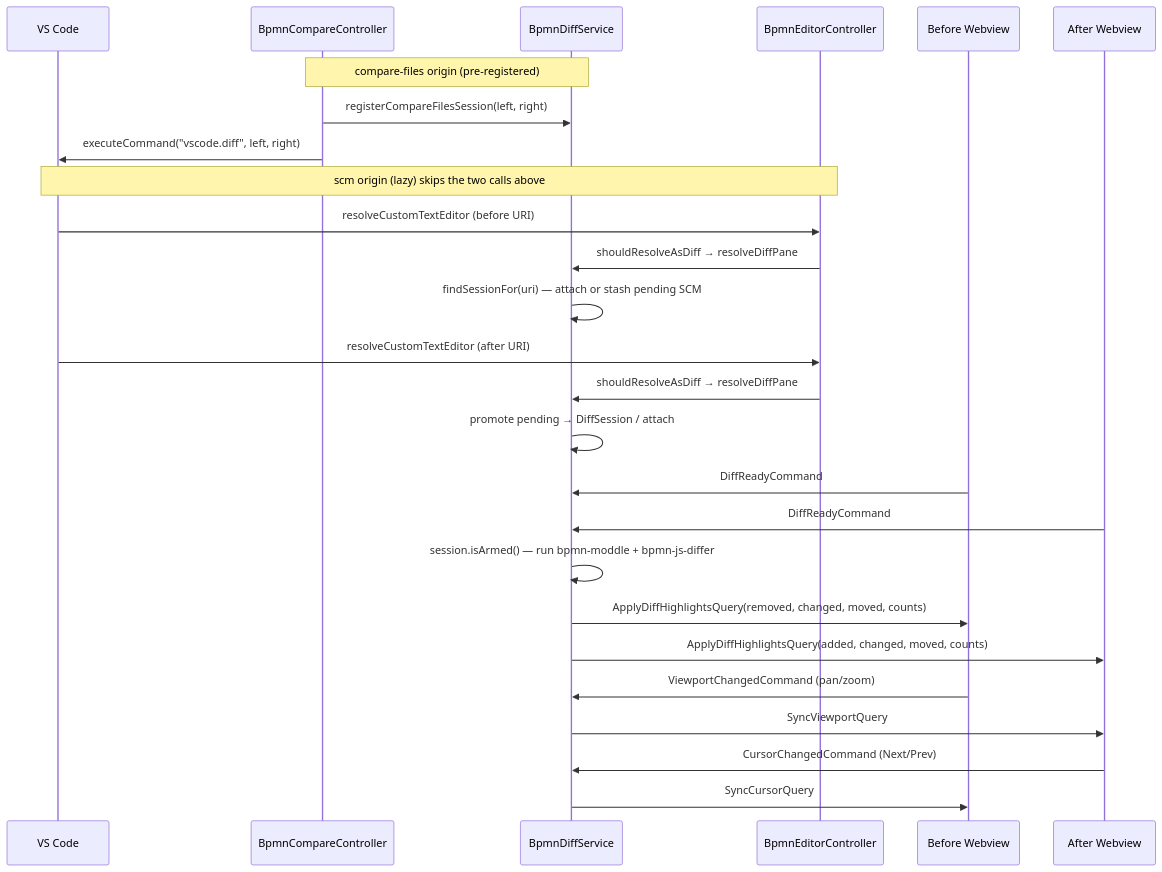
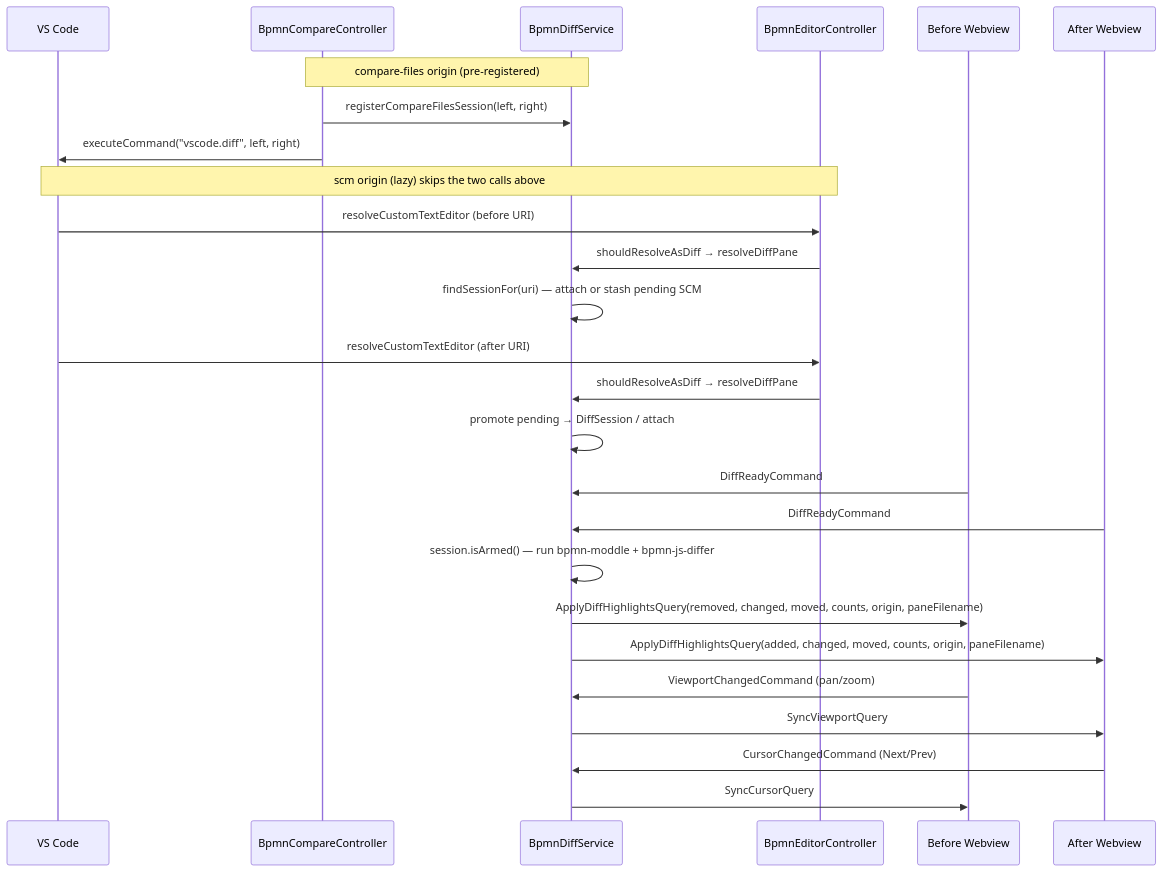
Before and after one commit to Miragon/bpmn-modeler: the diagram in docs/vscode/contributing/architecture/bpmn-diff.md, drawn with Mermaid. The commit also changed other lines of this file and 18 other files, not shown here.

````diff
--- a/docs/vscode/contributing/architecture/bpmn-diff.md
+++ b/docs/vscode/contributing/architecture/bpmn-diff.md
@@ -39,33 +42,33 @@
 ```mermaid
 sequenceDiagram
     participant VSCode as VS Code
     participant Ctrl as BpmnCompareController
     participant Diff as BpmnDiffService
     participant Editor as BpmnEditorController
     participant BeforePane as Before Webview
     participant AfterPane as After Webview
 
     Note over Ctrl,Diff: compare-files origin (pre-registered)
     Ctrl->>Diff: registerCompareFilesSession(left, right)
     Ctrl->>VSCode: executeCommand("vscode.diff", left, right)
 
     Note over VSCode,Editor: scm origin (lazy) skips the two calls above
     VSCode->>Editor: resolveCustomTextEditor (before URI)
     Editor->>Diff: shouldResolveAsDiff → resolveDiffPane
     Diff->>Diff: findSessionFor(uri) — attach or stash pending SCM
 
     VSCode->>Editor: resolveCustomTextEditor (after URI)
     Editor->>Diff: shouldResolveAsDiff → resolveDiffPane
     Diff->>Diff: promote pending → DiffSession / attach
 
     BeforePane->>Diff: DiffReadyCommand
     AfterPane->>Diff: DiffReadyCommand
     Diff->>Diff: session.isArmed() — run bpmn-moddle + bpmn-js-differ
-    Diff->>BeforePane: ApplyDiffHighlightsQuery(removed, changed, moved, counts)
-    Diff->>AfterPane: ApplyDiffHighlightsQuery(added, changed, moved, counts)
+    Diff->>BeforePane: ApplyDiffHighlightsQuery(removed, changed, moved, counts, origin, paneFilename)
+    Diff->>AfterPane: ApplyDiffHighlightsQuery(added, changed, moved, counts, origin, paneFilename)
 
     BeforePane->>Diff: ViewportChangedCommand (pan/zoom)
     Diff->>AfterPane: SyncViewportQuery
     AfterPane->>Diff: CursorChangedCommand (Next/Prev)
     Diff->>BeforePane: SyncCursorQuery
 ```
````
